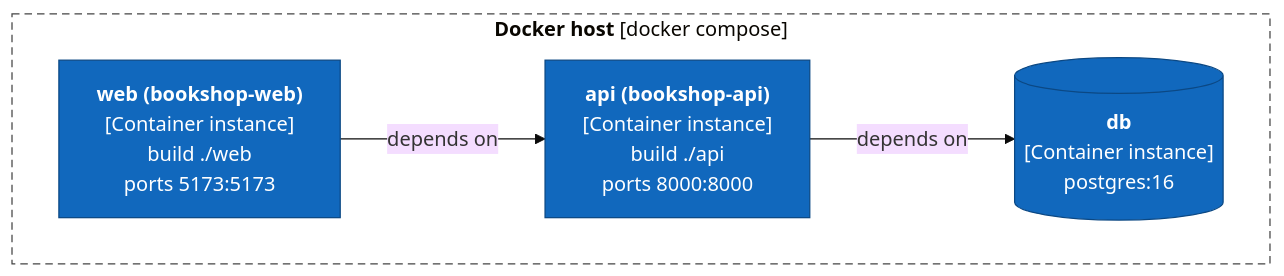
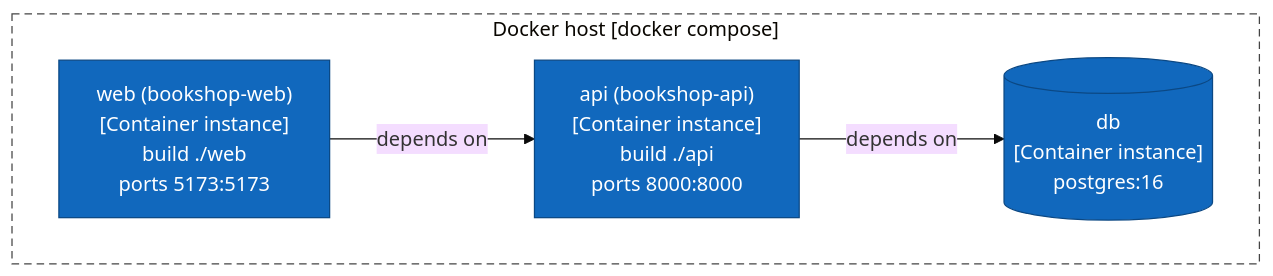
The fourth of 5 diagrams in tests/golden/bookshop/output/ArchitectureReport.md (ythalorossy/architecture-skills), drawn with Mermaid (base theme) before and after one commit. The commit also changed other lines of this file and 51 other files, not shown here.

First line of the commit message:
fix(render): plain diagram labels keep the characters in code names

````diff
--- a/tests/golden/bookshop/output/ArchitectureReport.md
+++ b/tests/golden/bookshop/output/ArchitectureReport.md
@@ -139,26 +120,18 @@
 ```mermaid
 flowchart TB
-    subgraph host["`**Docker host** [docker compose]`"]
-        svc_db[("`**db**
-[Container instance]
-postgres:16`")]
-        svc_api["`**api (bookshop-api)**
-[Container instance]
-build ./api
-ports 8000:8000`"]
-        svc_web["`**web (bookshop-web)**
-[Container instance]
-build ./web
-ports 5173:5173`"]
+    subgraph host["Docker host [docker compose]"]
+        svc_db[("db<br/>[Container instance]<br/>postgres:16")]
+        svc_api["api (bookshop-api)<br/>[Container instance]<br/>build ./api<br/>ports 8000:8000"]
+        svc_web["web (bookshop-web)<br/>[Container instance]<br/>build ./web<br/>ports 5173:5173"]
     end
-    svc_api -->|"`depends on`"| svc_db
-    svc_web -->|"`depends on`"| svc_api
+    svc_api -->|"depends on"| svc_db
+    svc_web -->|"depends on"| svc_api
     classDef person fill:#08427b,stroke:#052e56,color:#ffffff
     classDef container fill:#1168bd,stroke:#0b4884,color:#ffffff
     classDef system fill:#1168bd,stroke:#0b4884,color:#ffffff
     classDef component fill:#85bbf0,stroke:#5d82a8,color:#000000
     classDef external fill:#999999,stroke:#6b6b6b,color:#ffffff
     classDef shared fill:#dbe9f6,stroke:#5d82a8,color:#000000,stroke-dasharray:4 3
     class svc_db,svc_api,svc_web container
     style host fill:none,stroke:#444444,stroke-dasharray:6 4
 ```
````
